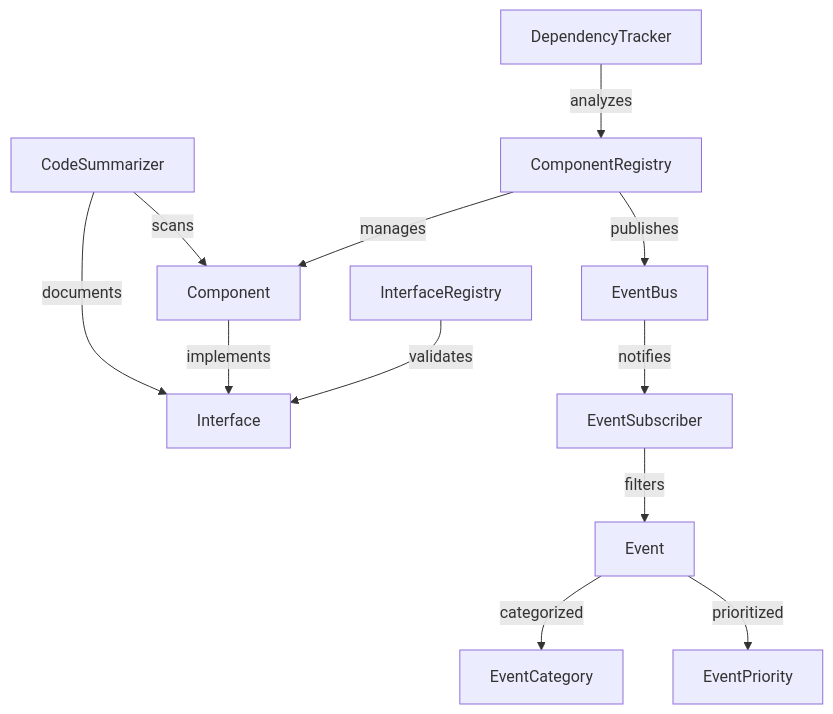
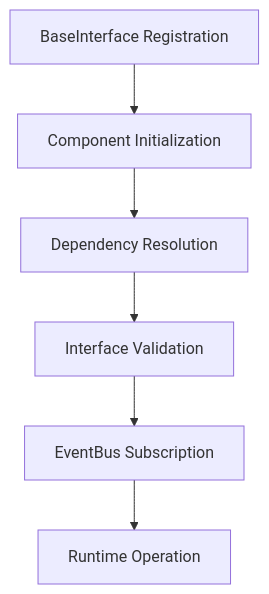
Before and after one commit to mohammadtawfik/aerolearn_ai: the first of 2 diagrams in code_summary.md, drawn with Mermaid. The commit also changed other lines of this file and 8 other files, not shown here.

````diff
--- a/code_summary.md
+++ b/code_summary.md
@@ -1057,14 +1722,8 @@
 ```mermaid
 graph TD
-    CR[ComponentRegistry] -- manages --> Component
-    CR -- publishes --> EB[EventBus]
-    IR[InterfaceRegistry] -- validates --> Interface
-    Component -- implements --> Interface
-    DT[DependencyTracker] -- analyzes --> CR
-    EB -- notifies --> ES[EventSubscriber]
-    ES -- filters --> Event
-    Event -- categorized --> EventCategory
-    Event -- prioritized --> EventPriority
-    CodeSummarizer -- scans --> Component
-    CodeSummarizer -- documents --> Interface
+    A[BaseInterface Registration] --> B[Component Initialization]
+    B --> C[Dependency Resolution]
+    C --> D[Interface Validation]
+    D --> E[EventBus Subscription]
+    E --> F[Runtime Operation]
 ```
````
